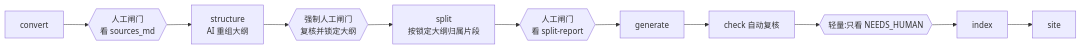
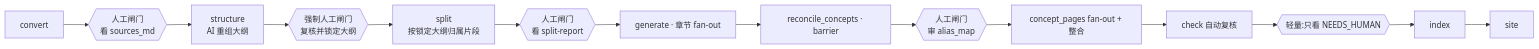
Before and after one commit to pppwaw/bookwiki: the third of 5 diagrams in design.md, drawn with Mermaid. The commit also changed other lines of this file, not shown here.

````diff
--- a/design.md
+++ b/design.md
@@ -600,12 +610,15 @@
 ```mermaid
 flowchart LR
     CV[convert] --> G1{{人工闸门<br/>看 sources_md}}
     G1 --> STR[structure<br/>AI 重组大纲]
     STR --> G2{{强制人工闸门<br/>复核并锁定大纲}}
     G2 --> SP[split<br/>按锁定大纲归属片段]
     SP --> G3{{人工闸门<br/>看 split-report}}
-    G3 --> GEN[generate]
-    GEN --> CK[check 自动复核]
-    CK --> G4{{轻量:只看 NEEDS_HUMAN}}
-    G4 --> IDX[index] --> ST[site]
+    G3 --> GEN[generate · 章节 fan-out]
+    GEN --> REC[reconcile_concepts · barrier]
+    REC --> G4{{人工闸门<br/>审 alias_map}}
+    G4 --> CP[concept_pages fan-out + 整合]
+    CP --> CK[check 自动复核]
+    CK --> G5{{轻量:只看 NEEDS_HUMAN}}
+    G5 --> IDX[index] --> ST[site]
 ```
````
